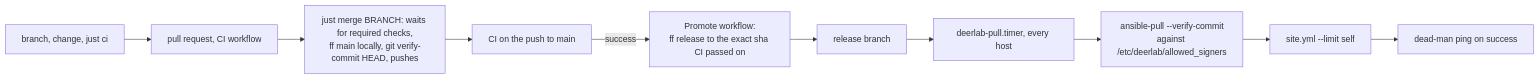
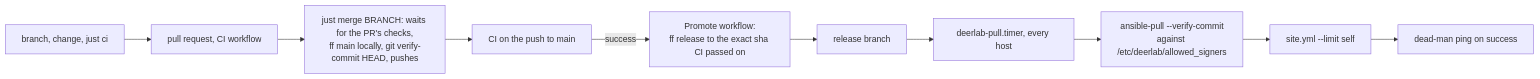
One commit to aryonoco/deerlab changed the second of 4 diagrams in docs/runbook.md. Above: the diagram before and after it, drawn with Mermaid. The commit also changed other lines of this file and 1 other file, not shown here.

````diff
--- a/docs/runbook.md
+++ b/docs/runbook.md
@@ -119,12 +119,12 @@
 ```mermaid
 flowchart LR
   b["branch, change, just ci"] --> pr["pull request, CI workflow"]
-  pr --> m["just merge BRANCH: waits for required checks,<br/>ff main locally, git verify-commit HEAD, pushes"]
+  pr --> m["just merge BRANCH: waits for the PR's checks,<br/>ff main locally, git verify-commit HEAD, pushes"]
   m --> ci["CI on the push to main"]
   ci -->|"success"| pm["Promote workflow:<br/>ff release to the exact sha CI passed on"]
   pm --> rel["release branch"]
   rel --> t["deerlab-pull.timer, every host"]
   t --> ap["ansible-pull --verify-commit<br/>against /etc/deerlab/allowed_signers"]
   ap --> site["site.yml --limit self"]
   site --> dm["dead-man ping on success"]
 ```
````
